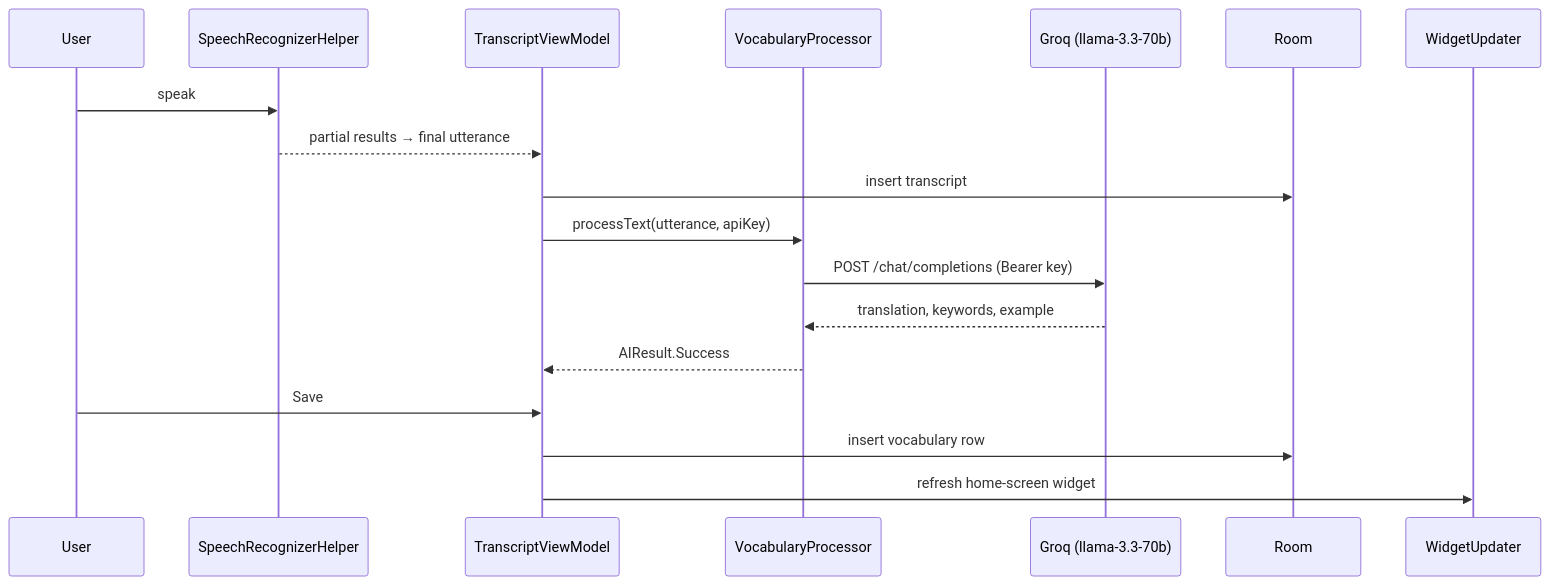
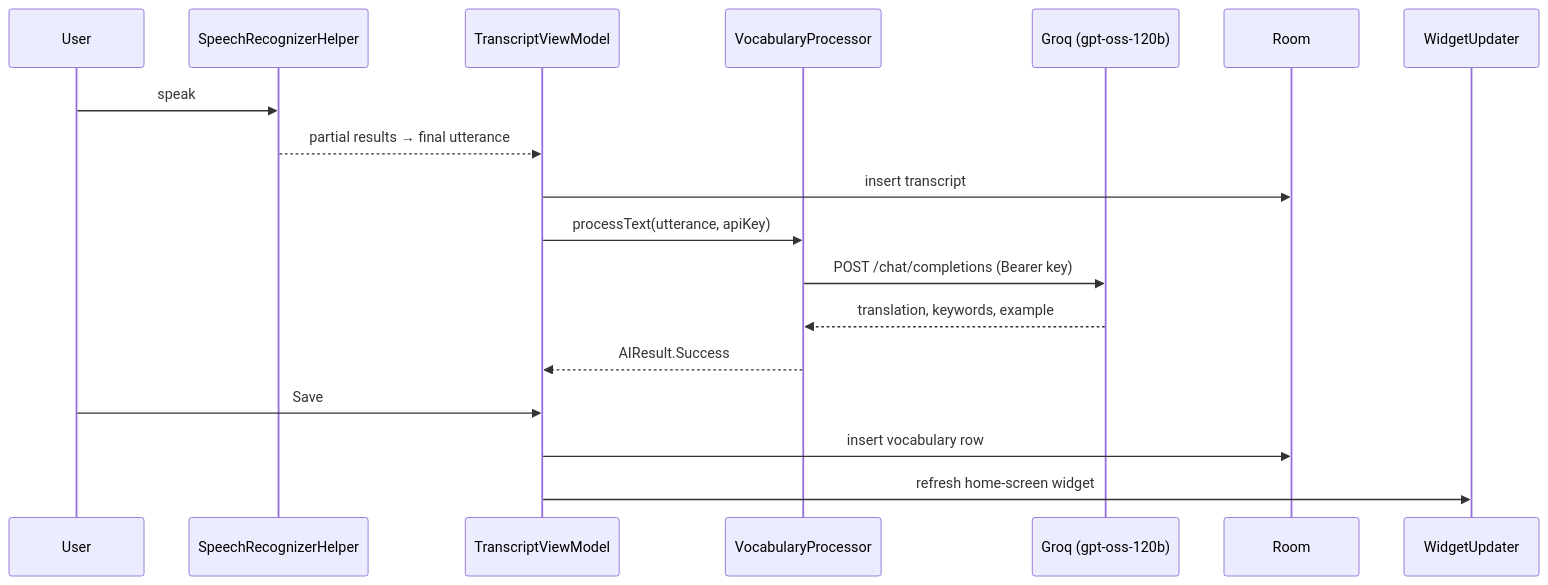
The third of 4 diagrams in README.md (shareef01/deutschflow), drawn with Mermaid before and after one commit. The commit also changed other lines of this file and 4 other files, not shown here.

````diff
--- a/README.md
+++ b/README.md
@@ -149,21 +149,21 @@
 ```mermaid
 sequenceDiagram
     participant U as User
     participant SR as SpeechRecognizerHelper
     participant VM as TranscriptViewModel
     participant VP as VocabularyProcessor
-    participant G as Groq (llama-3.3-70b)
+    participant G as Groq (gpt-oss-120b)
     participant DB as Room
     participant WG as WidgetUpdater
 
     U->>SR: speak
     SR-->>VM: partial results → final utterance
     VM->>DB: insert transcript
     VM->>VP: processText(utterance, apiKey)
     VP->>G: POST /chat/completions (Bearer key)
     G-->>VP: translation, keywords, example
     VP-->>VM: AIResult.Success
     U->>VM: Save
     VM->>DB: insert vocabulary row
     VM->>WG: refresh home-screen widget
 ```
````
